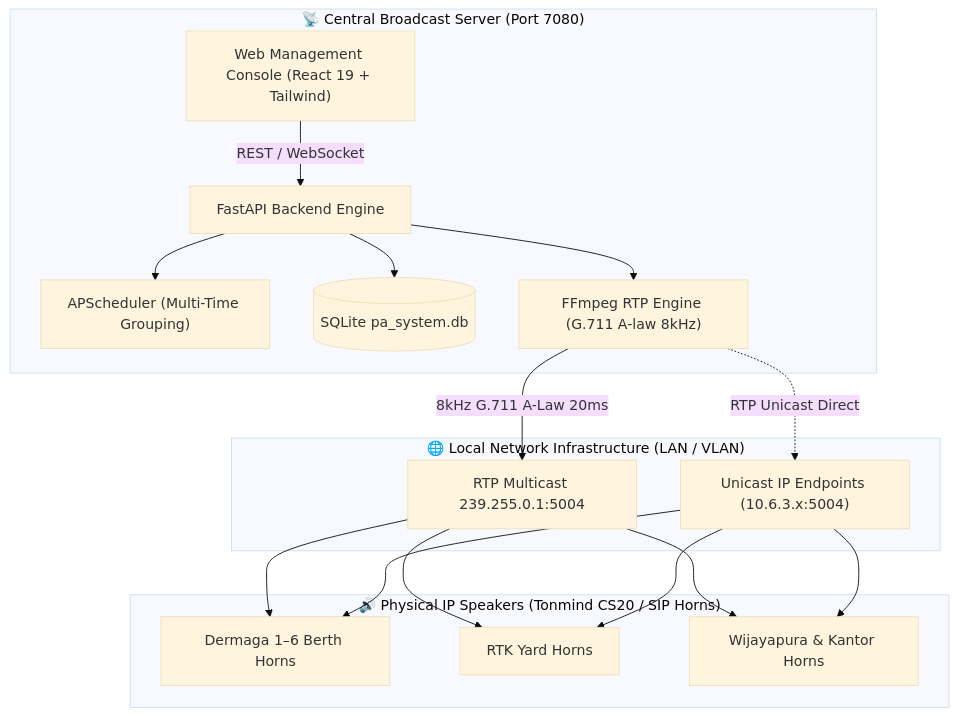
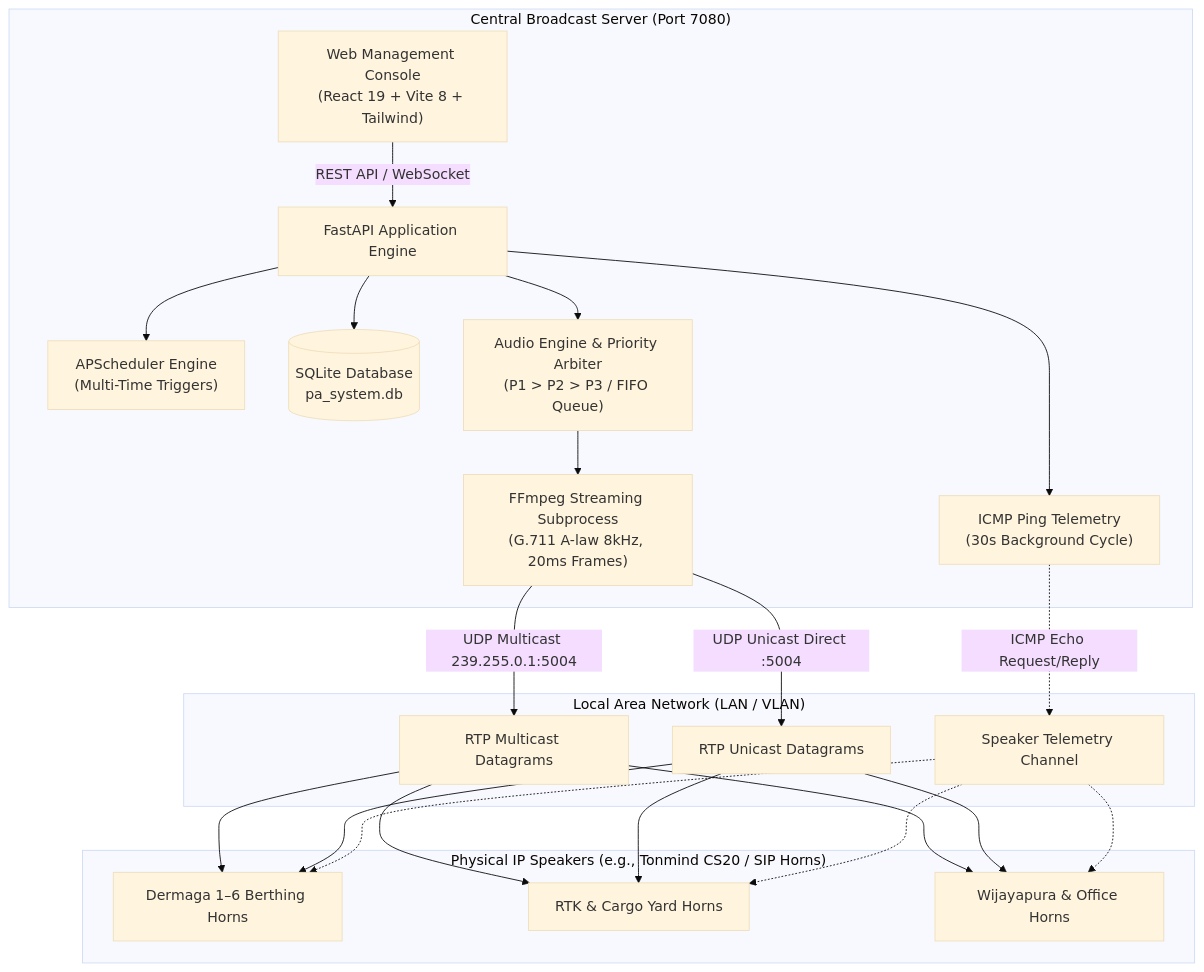
One commit to pratama1246/IntanWave-RTPAudio changed the diagram in README.md. Above: the diagram before and after it, drawn with Mermaid (base theme). The commit also changed other lines of this file, not shown here.

Commit message:
docs: overhaul README with anti-slop standard, verified badges, and architecture

````diff
--- a/README.md
+++ b/README.md
@@ -44,23 +58,29 @@
 ```mermaid
 flowchart TD
-    subgraph Control["📡 Central Broadcast Server (Port 7080)"]
-        WebUI["Web Management Console (React 19 + Tailwind)"] -->|REST / WebSocket| API["FastAPI Backend Engine"]
-        API --> Scheduler["APScheduler (Multi-Time Grouping)"]
-        API --> DB[(SQLite pa_system.db)]
-        API --> Streamer["FFmpeg RTP Engine (G.711 A-law 8kHz)"]
+    subgraph Host["Central Broadcast Server (Port 7080)"]
+        UI["Web Management Console<br/>(React 19 + Vite 8 + Tailwind)"] -->|REST API / WebSocket| Core["FastAPI Application Engine"]
+        Core --> Sched["APScheduler Engine<br/>(Multi-Time Triggers)"]
+        Core --> DB[("SQLite Database<br/>pa_system.db")]
+        Core --> Ping["ICMP Ping Telemetry<br/>(30s Background Cycle)"]
+        Core --> Engine["Audio Engine & Priority Arbiter<br/>(P1 > P2 > P3 / FIFO Queue)"]
+        Engine --> FFmpeg["FFmpeg Streaming Subprocess<br/>(G.711 A-law 8kHz, 20ms Frames)"]
     end
 
-    subgraph Network["🌐 Local Network Infrastructure (LAN / VLAN)"]
-        Streamer -->|8kHz G.711 A-Law 20ms| MC["RTP Multicast 239.255.0.1:5004"]
-        Streamer -.->|RTP Unicast Direct| UC["Unicast IP Endpoints (10.6.3.x:5004)"]
+    subgraph Network["Local Area Network (LAN / VLAN)"]
+        FFmpeg -->|UDP Multicast 239.255.0.1:5004| MC["RTP Multicast Datagrams"]
+        FFmpeg -->|UDP Unicast Direct :5004| UC["RTP Unicast Datagrams"]
+        Ping -.->|ICMP Echo Request/Reply| Tel["Speaker Telemetry Channel"]
     end
 
-    subgraph Endpoints["🔊 Physical IP Speakers (Tonmind CS20 / SIP Horns)"]
-        MC --> Spk1["Dermaga 1–6 Berth Horns"]
-        MC --> Spk2["RTK Yard Horns"]
-        MC --> Spk3["Wijayapura & Kantor Horns"]
-        UC --> Spk1
-        UC --> Spk2
-        UC --> Spk3
+    subgraph Endpoints["Physical IP Speakers (e.g., Tonmind CS20 / SIP Horns)"]
+        MC --> SpkBerth["Dermaga 1–6 Berthing Horns"]
+        MC --> SpkYard["RTK & Cargo Yard Horns"]
+        MC --> SpkOffice["Wijayapura & Office Horns"]
+        UC --> SpkBerth
+        UC --> SpkYard
+        UC --> SpkOffice
+        Tel -.-> SpkBerth
+        Tel -.-> SpkYard
+        Tel -.-> SpkOffice
     end
 ```
````
